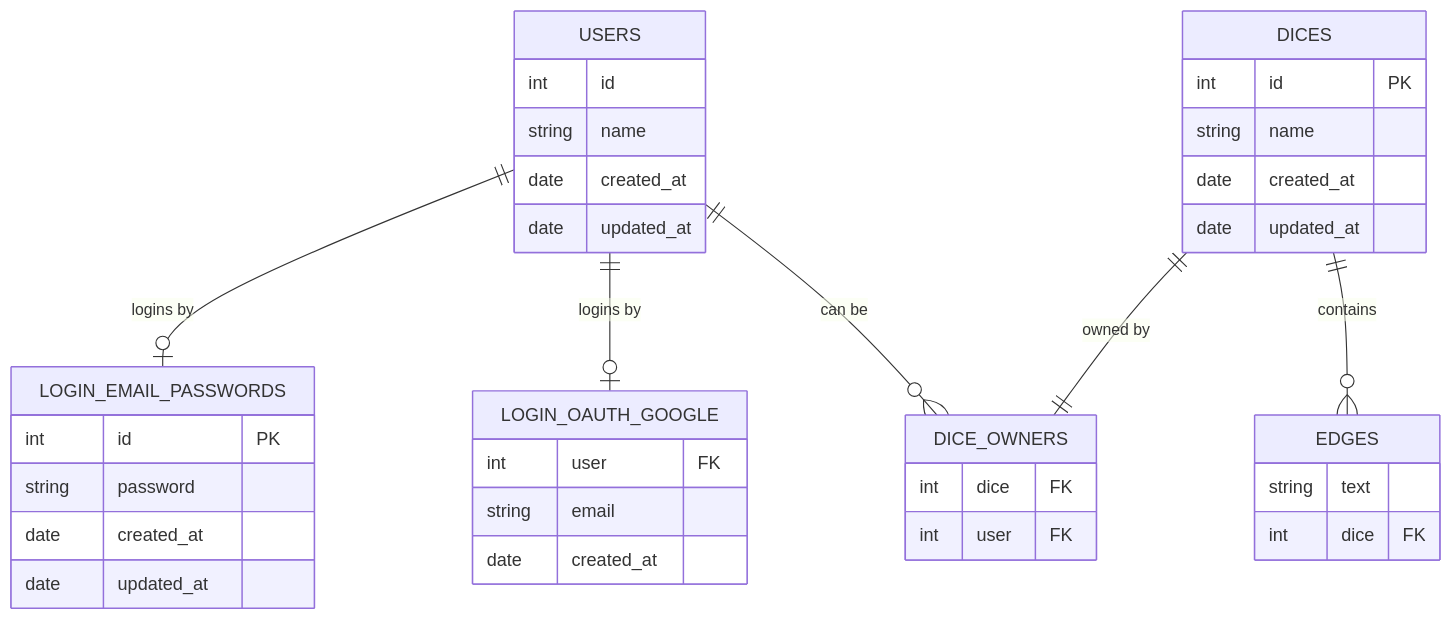
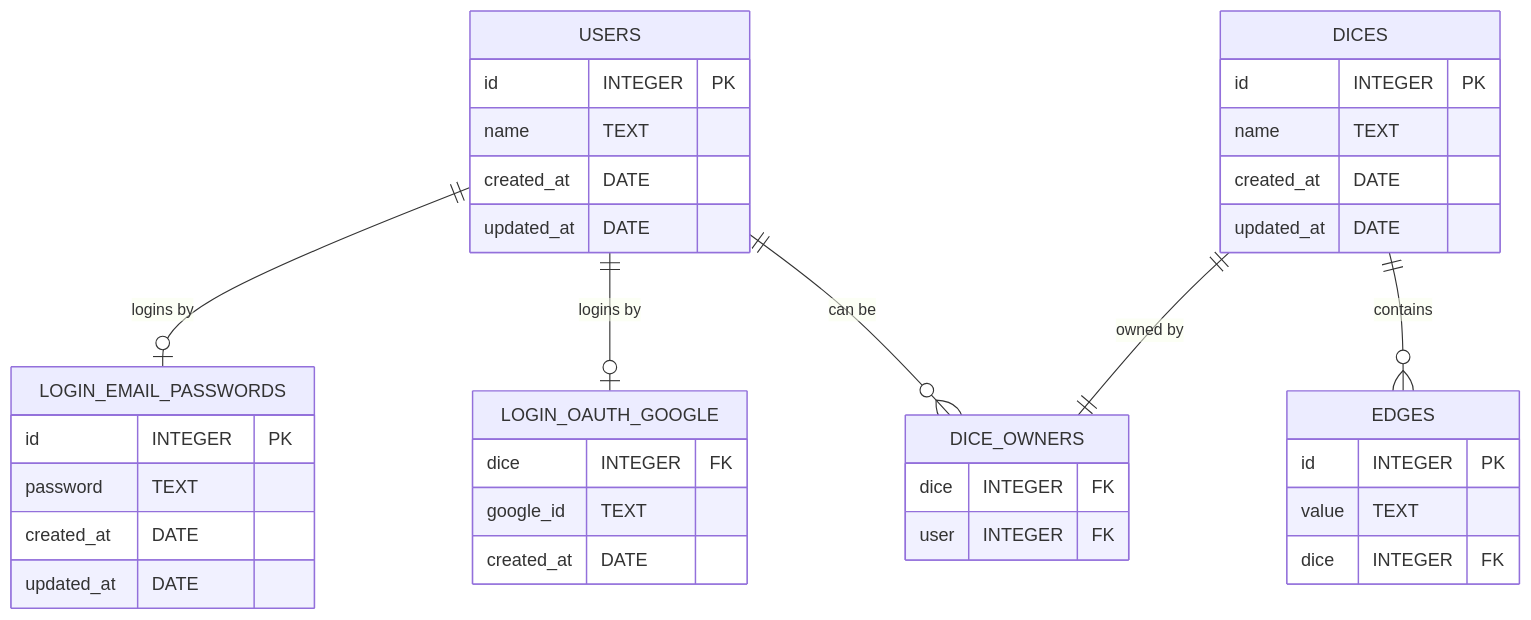
One commit to ustitc/dinf changed the diagram in docs/Schema.md. Above: the diagram before and after it, drawn with Mermaid. The commit also changed 1 other file, not shown here.

Commit message:
Add id field to edges table

````diff
--- a/docs/Schema.md
+++ b/docs/Schema.md
@@ -3,41 +3,44 @@
 ``` mermaid
 erDiagram
     USERS {
-        int id
-        string name
-        date created_at
-        date updated_at
+        id INTEGER PK
+        name TEXT
+        created_at DATE
+        updated_at DATE
     }
     LOGIN_EMAIL_PASSWORDS {
-        int id PK
-        string password
-        date created_at
-        date updated_at
+        id INTEGER PK
+        password TEXT
+        created_at DATE
+        updated_at DATE
     }
     LOGIN_OAUTH_GOOGLE {
-        int user FK
-        string email
-        date created_at
+        dice INTEGER FK
+        google_id TEXT
+        created_at DATE
     }
     USERS ||--o| LOGIN_EMAIL_PASSWORDS : "logins by"
     USERS ||--o| LOGIN_OAUTH_GOOGLE : "logins by"
     
     DICE_OWNERS {
-        int dice FK
-        int user FK
+        dice INTEGER FK
+        user INTEGER FK
     }
     DICES {
-        int id PK
-        string name
-        date created_at
-        date updated_at
+        id INTEGER PK
+        name TEXT
+        created_at DATE
+        updated_at DATE
     }
-    EDGES {
-        string text
-        int dice FK
+    
+   EDGES {
+        id INTEGER PK
+        value TEXT
+        dice INTEGER FK
     }
+   
     USERS ||--o{ DICE_OWNERS : "can be"
     DICES ||--|| DICE_OWNERS : "owned by"
     DICES ||--o{ EDGES : "contains"
 
 ```
````
